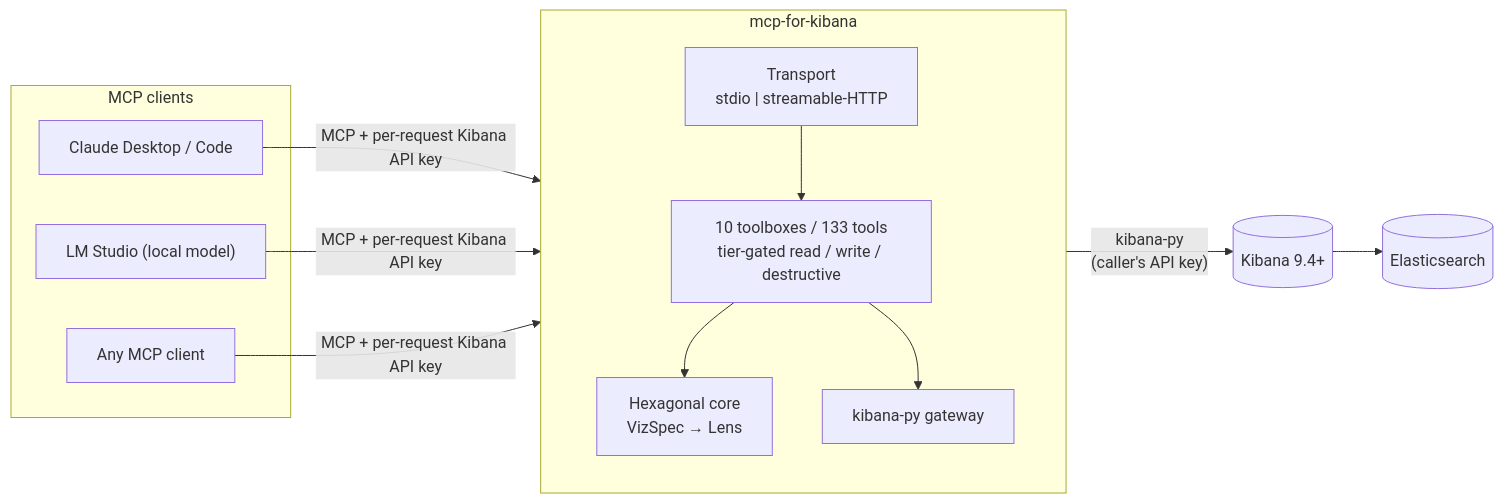
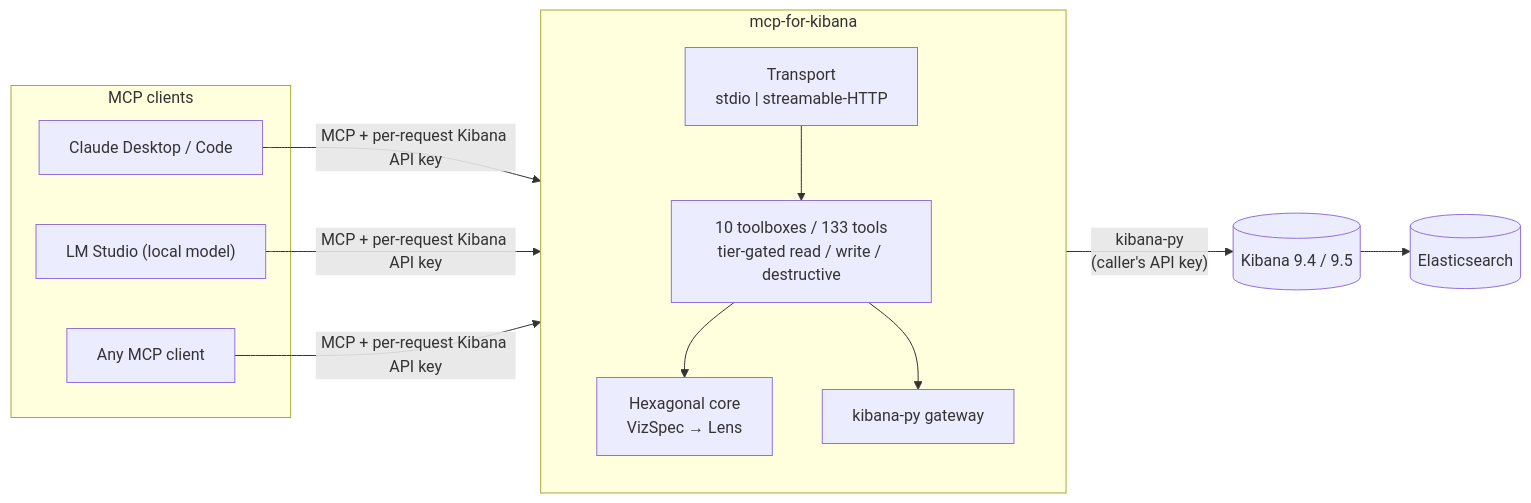
Before and after one commit to pedro-angel/mcp-for-kibana: the first of 4 diagrams in docs/architecture.md, drawn with Mermaid. The commit also changed other lines of this file and 21 other files, not shown here.

````diff
--- a/docs/architecture.md
+++ b/docs/architecture.md
@@ -14,23 +14,23 @@
 ```mermaid
 flowchart LR
     subgraph clients["MCP clients"]
         Claude["Claude Desktop / Code"]
         LMS["LM Studio (local model)"]
         Other["Any MCP client"]
     end
     subgraph server["mcp-for-kibana"]
         direction TB
         Transport["Transport<br/>stdio | streamable-HTTP"]
         Toolboxes["10 toolboxes / 133 tools<br/>tier-gated read / write / destructive"]
         Core["Hexagonal core<br/>VizSpec → Lens"]
         Gateway["kibana-py gateway"]
         Transport --> Toolboxes --> Core
         Toolboxes --> Gateway
     end
     ES[("Elasticsearch")]
-    Kibana[("Kibana 9.4+")]
+    Kibana[("Kibana 9.4 / 9.5")]
 
     Claude & LMS & Other -->|"MCP + per-request Kibana API key"| Transport
     Gateway -->|"kibana-py<br/>(caller's API key)"| Kibana
     Kibana --> ES
 ```
````
